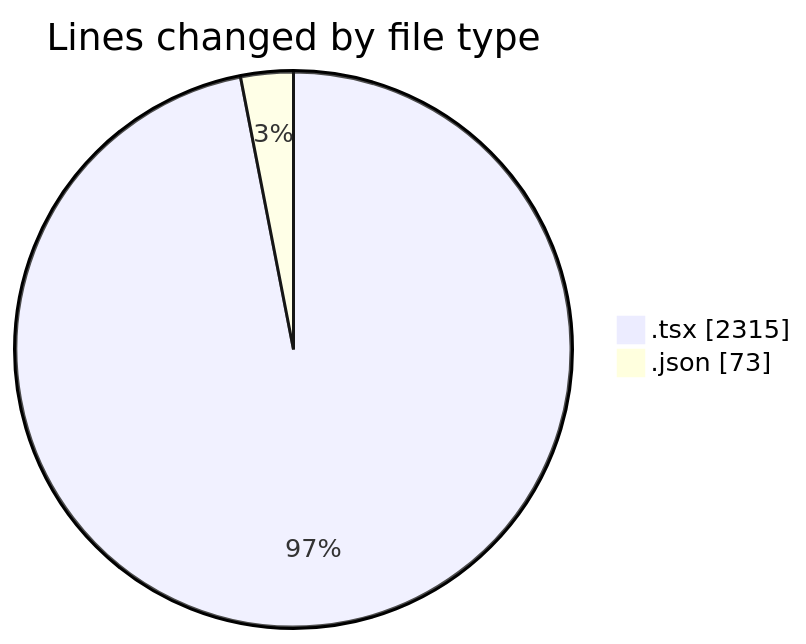
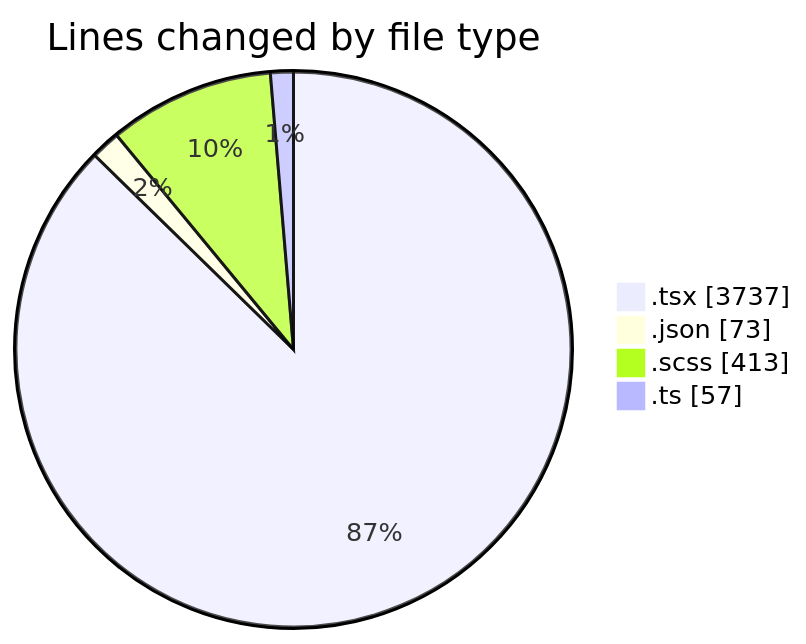
Before and after one commit to momahboobian/code-tracking: the first of 2 diagrams in 2025-10-02/cda/README.md, drawn with Mermaid. The commit also changed other lines of this file and 1 other file, not shown here.

````diff
--- a/2025-10-02/cda/README.md
+++ b/2025-10-02/cda/README.md
@@ -23,6 +29,8 @@
 ```mermaid
 pie showData
 title Lines changed by file type
-".tsx" : 2315
+".tsx" : 3737
 ".json" : 73
+".scss" : 413
+".ts" : 57
 ```
````
